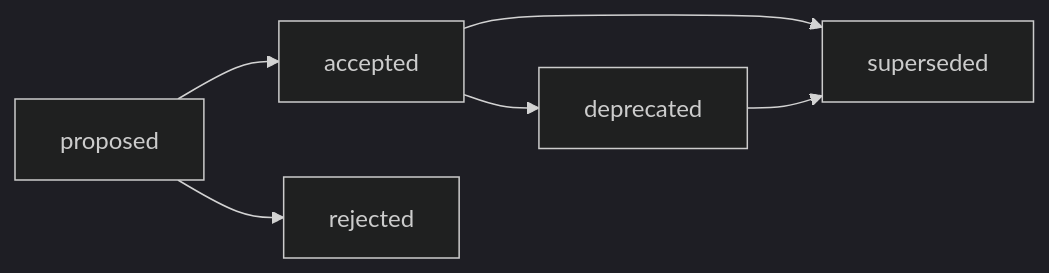
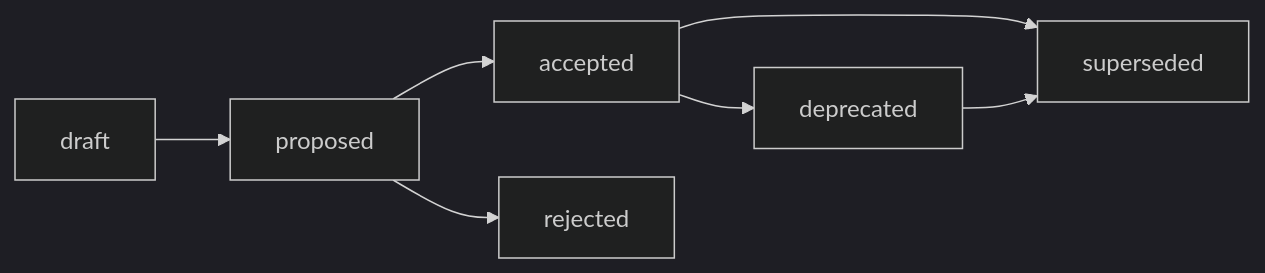
One commit to konard/G-Ivan-A-hybrid-Intelligence-lab changed the diagram in governance/rfc/2026-06-27-rfc-adr-standard.md. Above: the diagram before and after it, drawn with Mermaid (dark theme). The commit also changed other lines of this file and 146 other files, not shown here.

````diff
--- a/governance/rfc/2026-06-27-rfc-adr-standard.md
+++ b/governance/rfc/2026-06-27-rfc-adr-standard.md
@@ -165,8 +169,9 @@
 ```mermaid
 flowchart LR
+    Draft[draft] --> Proposed[proposed]
     Proposed[proposed] --> Accepted[accepted]
     Proposed --> Rejected[rejected]
     Accepted --> Deprecated[deprecated]
     Accepted --> Superseded[superseded]
     Deprecated --> Superseded
 ```
````
